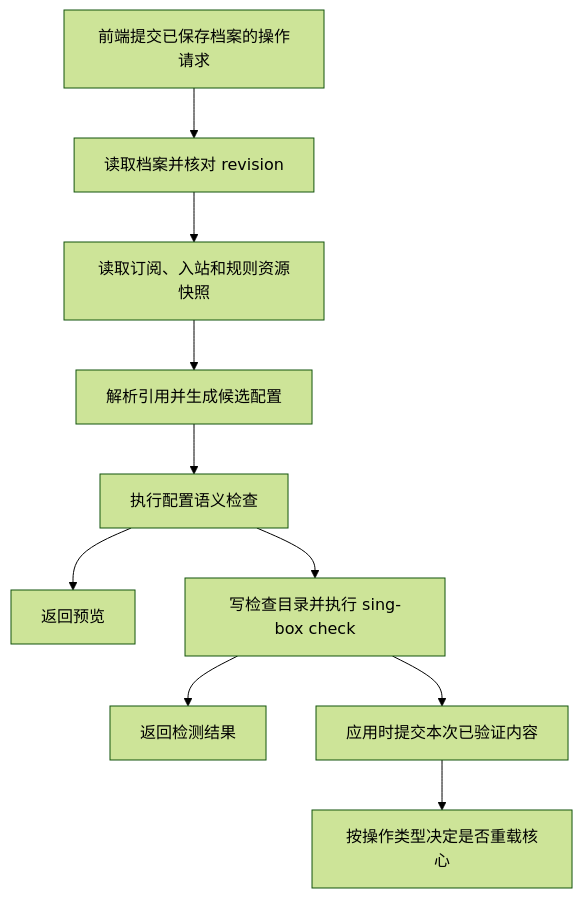
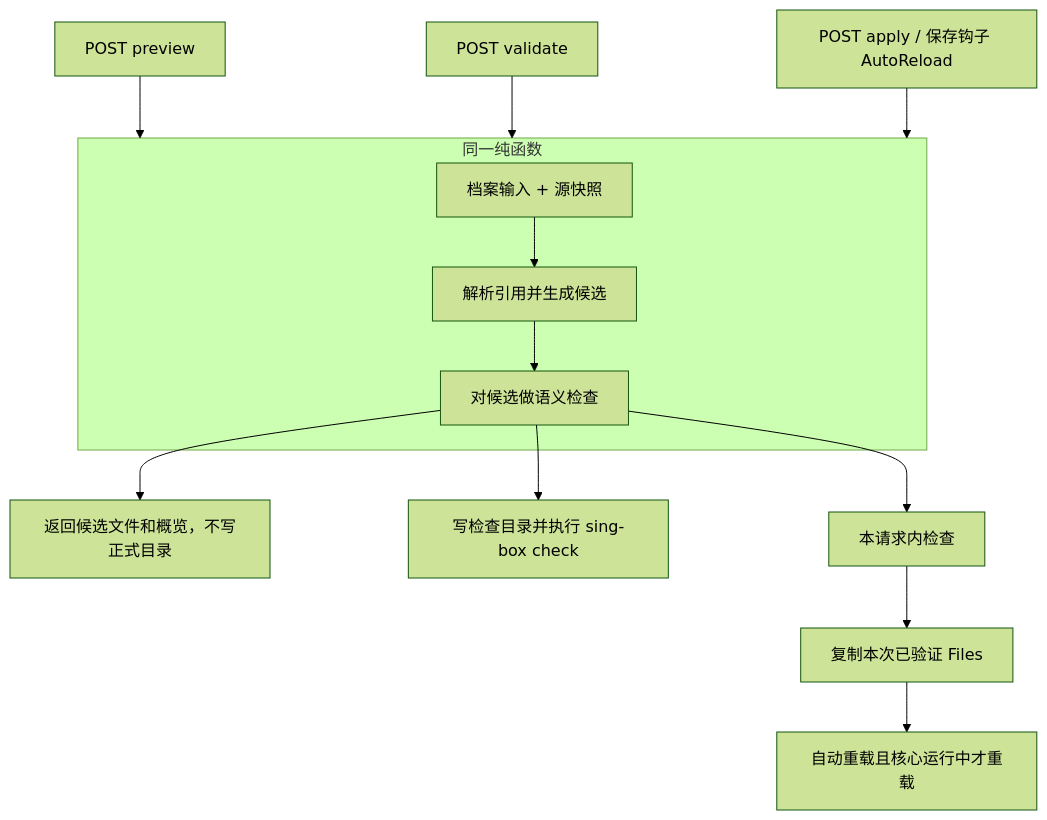
Before and after one commit to arrow8209/sing-box.web: the diagram in docs/frontend-backend-responsibilities-and-migration.md, drawn with Mermaid (forest theme). The commit also changed other lines of this file and 1 other file, not shown here.

````diff
--- a/docs/frontend-backend-responsibilities-and-migration.md
+++ b/docs/frontend-backend-responsibilities-and-migration.md
@@ -97,12 +111,15 @@
 ```mermaid
 flowchart TD
-  A[前端提交已保存档案的操作请求] --> B[读取档案并核对 revision]
-  B --> C[读取订阅、入站和规则资源快照]
-  C --> D[解析引用并生成候选配置]
-  D --> E[执行配置语义检查]
-  E --> F[返回预览]
-  E --> G[写检查目录并执行 sing-box check]
-  G --> H[返回检测结果]
-  G --> I[应用时提交本次已验证内容]
-  I --> J[按操作类型决定是否重载核心]
+  subgraph gen [同一纯函数]
+    A[档案输入 + 源快照] --> B[解析引用并生成候选]
+    B --> C[对候选做语义检查]
+  end
+  Prev[POST preview] --> gen
+  C --> PF[返回候选文件和概览，不写正式目录]
+  Val[POST validate] --> gen
+  C --> ST[写检查目录并执行 sing-box check]
+  App[POST apply / 保存钩子 AutoReload] --> gen
+  C --> ST2[本请求内检查]
+  ST2 --> CP[复制本次已验证 Files]
+  CP --> RL[自动重载且核心运行中才重载]
 ```
````
